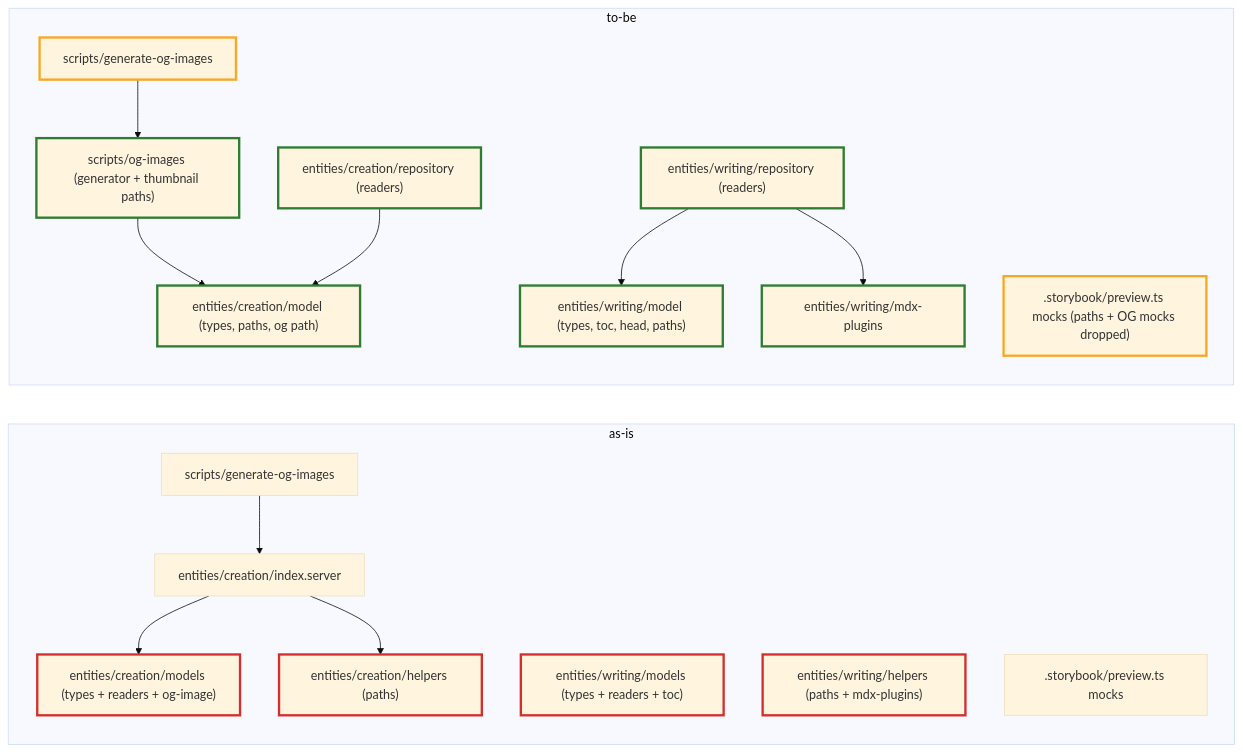
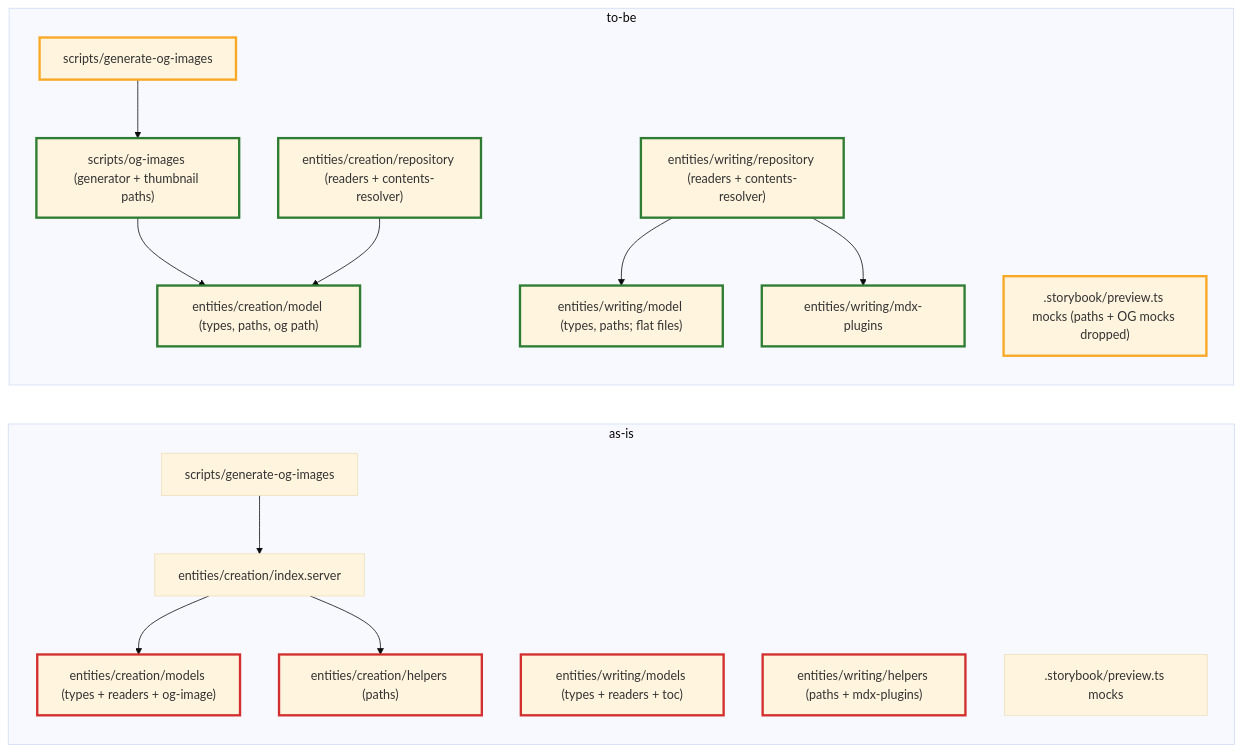
The diagram in docs/changes/20261117-entity-segments/design.md (syakoo/syakoo-lab), drawn with Mermaid (base theme) before and after one commit. The commit also changed other lines of this file and 17 other files, not shown here.

First line of the commit message:
refactor(entities): flatten model and move contents resolvers to repository (Slice 3)

````diff
--- a/docs/changes/20261117-entity-segments/design.md
+++ b/docs/changes/20261117-entity-segments/design.md
@@ -20,36 +20,36 @@
 ```mermaid
 flowchart LR
   subgraph asis["as-is"]
     direction TB
     S1["scripts/generate-og-images"]
     C1["entities/creation/index.server"]
     C2["entities/creation/models (types + readers + og-image)"]
     C3["entities/creation/helpers (paths)"]
     W1["entities/writing/models (types + readers + toc)"]
     W2["entities/writing/helpers (paths + mdx-plugins)"]
     SB1[".storybook/preview.ts mocks"]
     S1 --> C1 --> C2
     C1 --> C3
   end
   subgraph tobe["to-be"]
     direction TB
     S2["scripts/generate-og-images"]
     O2["scripts/og-images (generator + thumbnail paths)"]
     C4["entities/creation/model (types, paths, og path)"]
-    C5["entities/creation/repository (readers)"]
-    W3["entities/writing/model (types, toc, head, paths)"]
-    W4["entities/writing/repository (readers)"]
+    C5["entities/creation/repository (readers + contents-resolver)"]
+    W3["entities/writing/model (types, paths; flat files)"]
+    W4["entities/writing/repository (readers + contents-resolver)"]
     W5["entities/writing/mdx-plugins"]
     SB2[".storybook/preview.ts mocks (paths + OG mocks dropped)"]
     S2 --> O2 --> C4
     C5 --> C4
     W4 --> W3
     W4 --> W5
   end
   classDef removed stroke:#d32f2f,stroke-width:3px
   classDef added stroke:#2e7d32,stroke-width:3px
   classDef changed stroke:#f9a825,stroke-width:3px
   class C2,C3,W1,W2 removed
   class O2,C4,C5,W3,W4,W5 added
   class S2,SB2 changed
 ```
````
